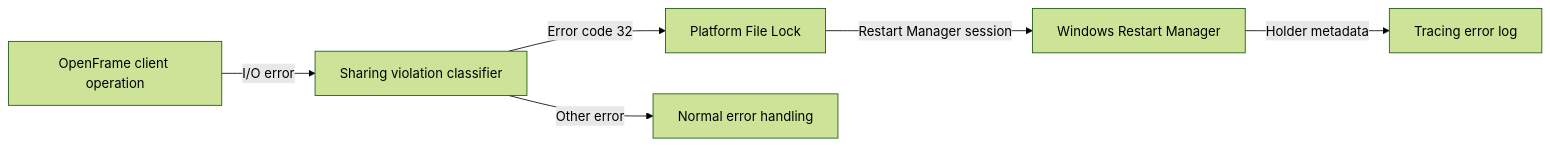
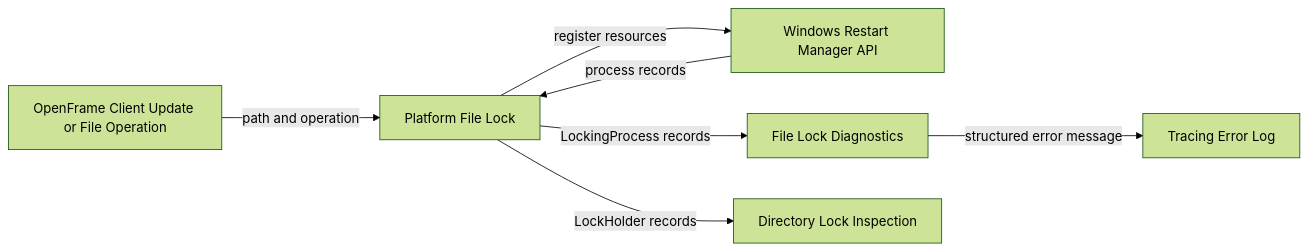
The first of 4 diagrams in docs/reference/architecture/openframe-client-core/platform-file-lock/platform-file-lock.md (flamingo-stack/openframe-oss-tenant), drawn with Mermaid (forest theme) before and after one commit. The commit also changed other lines of this file and 2377 other files, not shown here.

````diff
--- a/docs/reference/architecture/openframe-client-core/platform-file-lock/platform-file-lock.md
+++ b/docs/reference/architecture/openframe-client-core/platform-file-lock/platform-file-lock.md
@@ -13,8 +20,9 @@
 ```mermaid
 flowchart LR
-    AgentOperation["OpenFrame client operation"] -->|"I/O error"| Classifier["Sharing violation classifier"]
-    Classifier -->|"Error code 32"| FileLock["Platform File Lock"]
-    Classifier -->|"Other error"| NormalError["Normal error handling"]
-    FileLock -->|"Restart Manager session"| WindowsRM["Windows Restart Manager"]
-    WindowsRM -->|"Holder metadata"| DiagnosticLog["Tracing error log"]
+    Caller["OpenFrame Client Update or File Operation"] -->|"path and operation"| Diagnostic["Platform File Lock"]
+    Diagnostic -->|"register resources"| RestartManager["Windows Restart Manager API"]
+    RestartManager -->|"process records"| Diagnostic
+    Diagnostic -->|"LockingProcess records"| FileResult["File Lock Diagnostics"]
+    Diagnostic -->|"LockHolder records"| DirectoryResult["Directory Lock Inspection"]
+    FileResult -->|"structured error message"| TraceLog["Tracing Error Log"]
 ```
````
